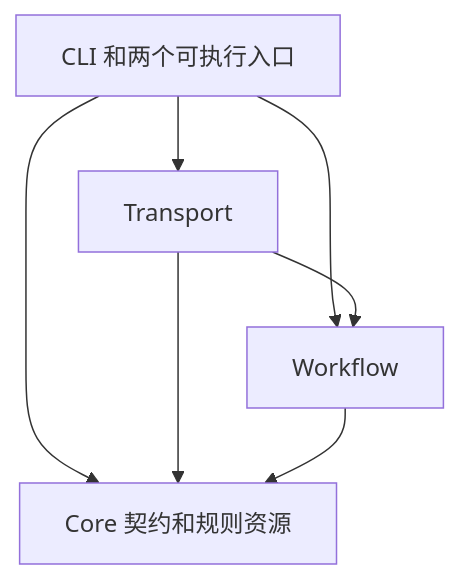
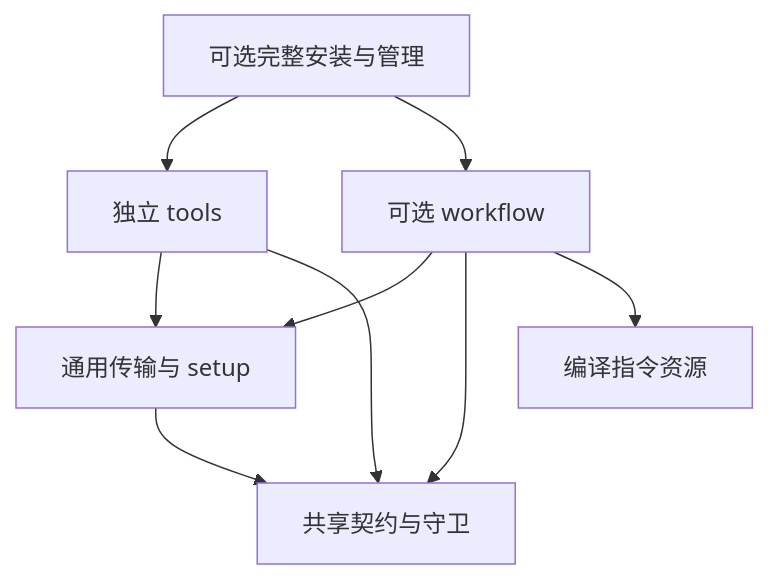
Before and after one commit to john-z-huang/token-io-decoupling: the diagram in instruction-compiler/sources/skill/WORKFLOW_ARCHITECTURE_zh_cn.md, drawn with Mermaid. The commit also changed other lines of this file and 124 other files, not shown here.

````diff
--- a/instruction-compiler/sources/skill/WORKFLOW_ARCHITECTURE_zh_cn.md
+++ b/instruction-compiler/sources/skill/WORKFLOW_ARCHITECTURE_zh_cn.md
@@ -21,9 +17,11 @@
 ```mermaid
 flowchart TD
-    Root[CLI 和两个可执行入口] --> Transport[Transport]
-    Root --> Workflow[Workflow]
-    Root --> Core[Core 契约和规则资源]
-    Transport --> Workflow
+    Root[可选完整安装与管理] --> Tools[独立 tools]
+    Root --> Workflow[可选 workflow]
+    Tools --> Transport[通用传输与 setup]
+    Workflow --> Transport
+    Tools --> Core[共享契约与守卫]
+    Workflow --> Core
     Transport --> Core
-    Workflow --> Core
+    Workflow --> Rules[编译指令资源]
 ```
````
